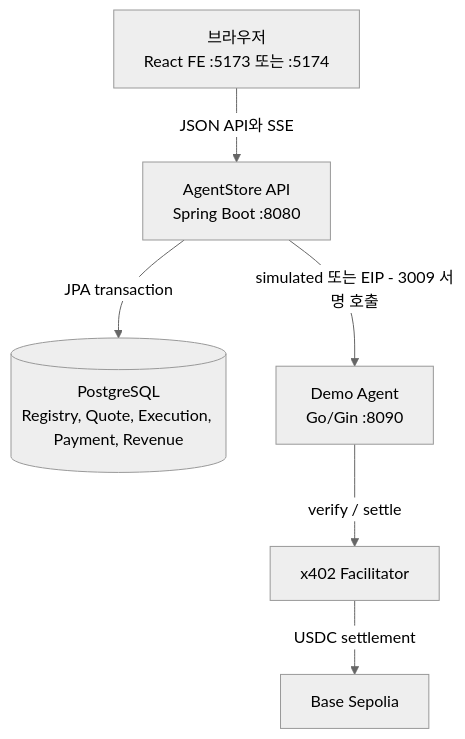
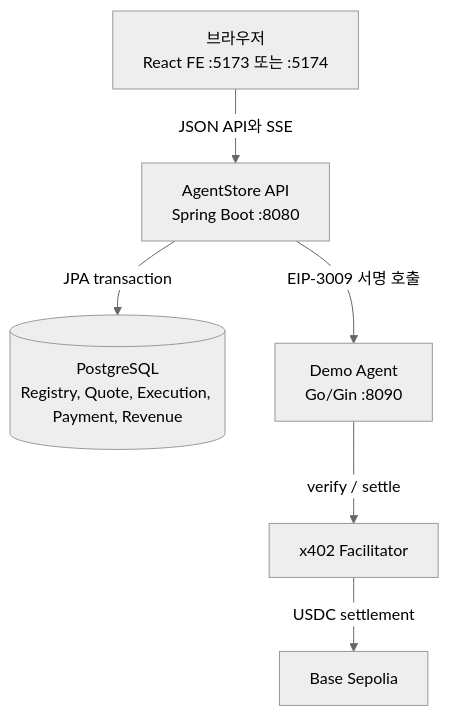
Before and after one commit to rdme0/agent-store-be: the second of 6 diagrams in README.md, drawn with Mermaid (neutral theme). The commit also changed other lines of this file and 44 other files, not shown here.

````diff
--- a/README.md
+++ b/README.md
@@ -37,14 +37,14 @@
 ```mermaid
 flowchart TB
     Browser["브라우저\nReact FE :5173 또는 :5174"]
     Spring["AgentStore API\nSpring Boot :8080"]
     DB[("PostgreSQL\nRegistry, Quote, Execution, Payment, Revenue")]
     Demo["Demo Agent\nGo/Gin :8090"]
     Facilitator["x402 Facilitator"]
     Chain["Base Sepolia"]
     Browser -->|JSON API와 SSE| Spring
     Spring -->|JPA transaction| DB
-    Spring -->|simulated 또는 EIP - 3009 서명 호출| Demo
+    Spring -->|EIP-3009 서명 호출| Demo
     Demo -->|verify / settle| Facilitator
     Facilitator -->|USDC settlement| Chain
 ```
````
